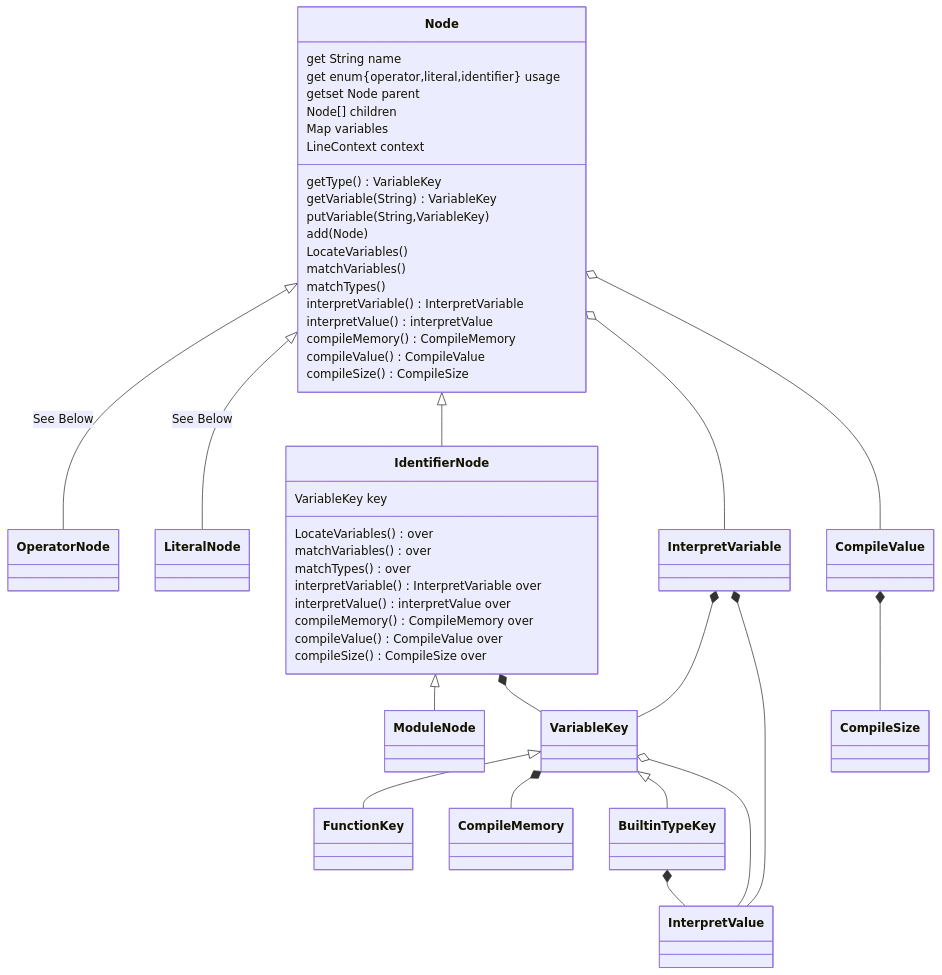
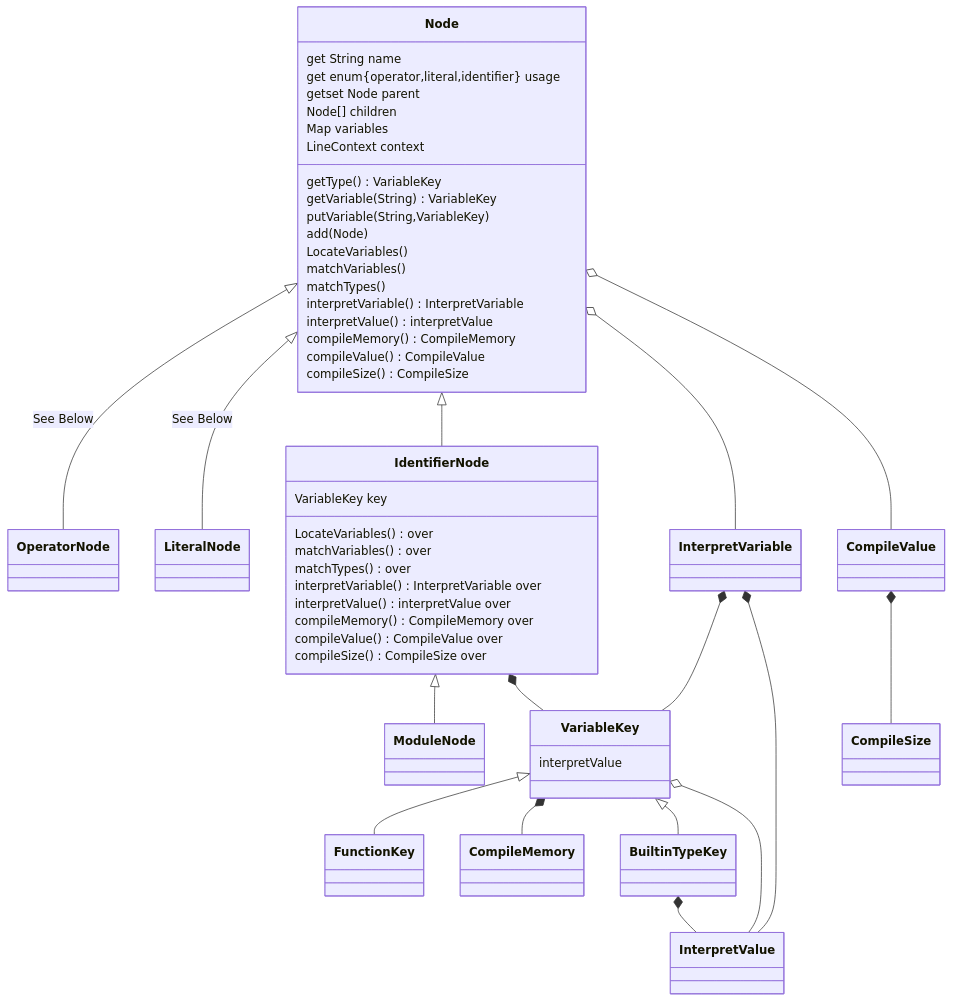
One commit to Jzhyang1/Monomer changed the first of 4 diagrams in README.md. Above: the diagram before and after it, drawn with Mermaid. The commit also changed other lines of this file, not shown here.

````diff
--- a/README.md
+++ b/README.md
@@ -239,48 +239,49 @@
 ```mermaid
 classDiagram
 Node <|-- OperatorNode: See Below
 Node <|-- LiteralNode: See Below
 Node <|-- IdentifierNode
 Node o-- InterpretVariable
 IdentifierNode <|-- ModuleNode
 IdentifierNode *-- VariableKey
 VariableKey <|-- FunctionKey
 VariableKey *-- CompileMemory
 VariableKey <|-- BuiltinTypeKey
 BuiltinTypeKey *-- InterpretValue
 VariableKey o-- InterpretValue
 InterpretVariable *-- VariableKey
 CompileValue *-- CompileSize
 Node o-- CompileValue
 InterpretVariable *-- InterpretValue
 
 Node: get String name
 Node: get enum{operator,literal,identifier} usage
 Node: getset Node parent
 Node: Node[] children
 Node: Map<String, VariableKey> variables
 Node: LineContext context
 Node: getType() VariableKey
 Node: getVariable(String) VariableKey
 Node: putVariable(String,VariableKey)
 Node: add(Node)
 Node: LocateVariables()
 Node: matchVariables()
 Node: matchTypes()
 Node: interpretVariable() InterpretVariable
 Node: interpretValue() interpretValue
 Node: compileMemory() CompileMemory
 Node: compileValue() CompileValue
 Node: compileSize() CompileSize
 
 IdentifierNode: VariableKey key
 IdentifierNode: LocateVariables() over
 IdentifierNode: matchVariables() over
 IdentifierNode: matchTypes() over
 IdentifierNode: interpretVariable() InterpretVariable over
 IdentifierNode: interpretValue() interpretValue over
 IdentifierNode: compileMemory() CompileMemory over
 IdentifierNode: compileValue() CompileValue over
 IdentifierNode: compileSize() CompileSize over
 
+VariableKey: interpretValue
 ```
````
